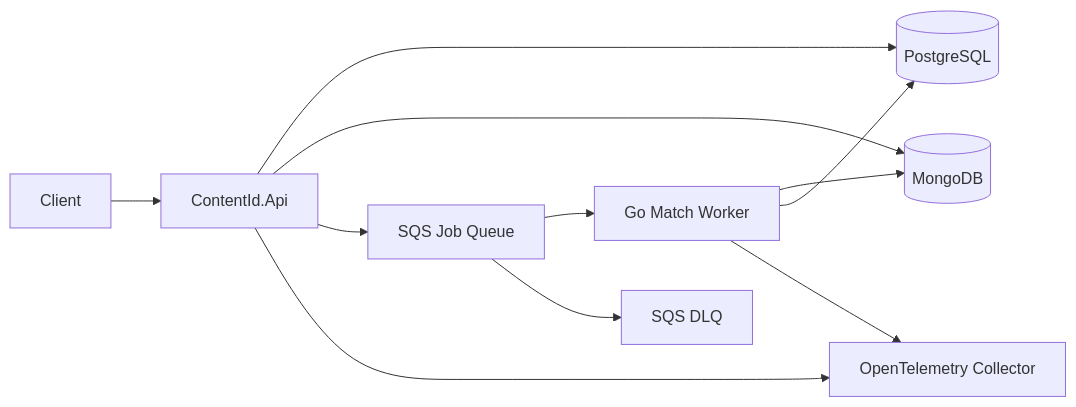
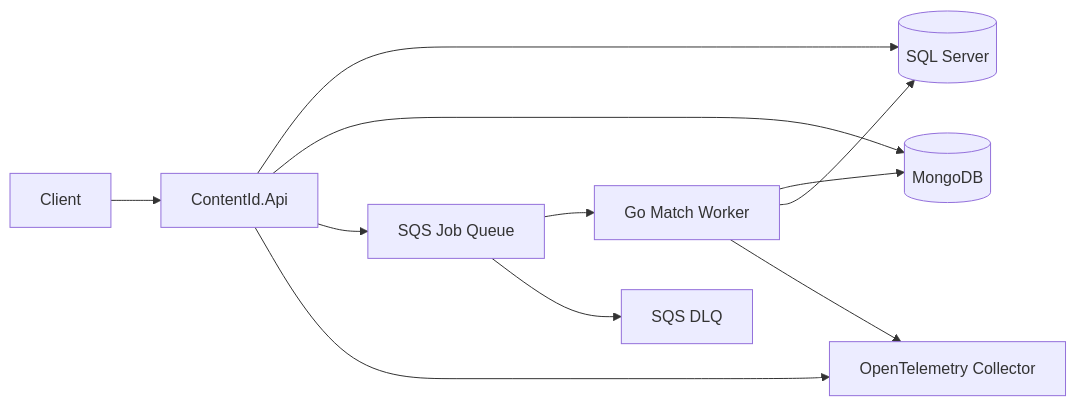
The diagram in README.md (fchchen/content-id-platform), drawn with Mermaid before and after one commit. The commit also changed other lines of this file and 50 other files, not shown here.

Commit message:
Replace Postgres with SQL Server

````diff
--- a/README.md
+++ b/README.md
@@ -7,13 +7,13 @@
 ```mermaid
 flowchart LR
   Client --> API[ContentId.Api]
-  API --> PG[(PostgreSQL)]
+  API --> SQL[(SQL Server)]
   API --> Mongo[(MongoDB)]
   API --> SQS[SQS Job Queue]
   SQS --> Worker[Go Match Worker]
   Worker --> Mongo
-  Worker --> PG
+  Worker --> SQL
   API --> OTel[OpenTelemetry Collector]
   Worker --> OTel
   SQS --> DLQ[SQS DLQ]
 ```
````
